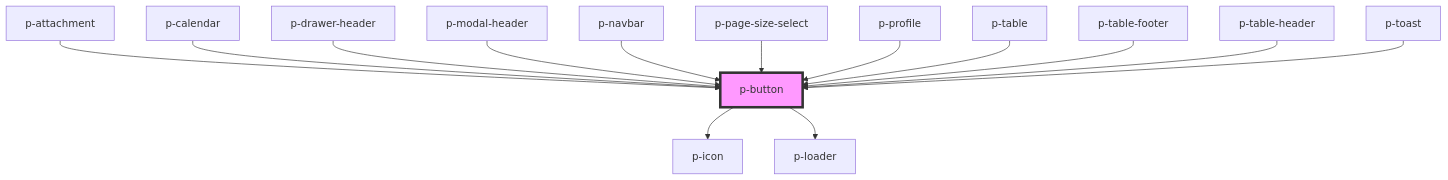
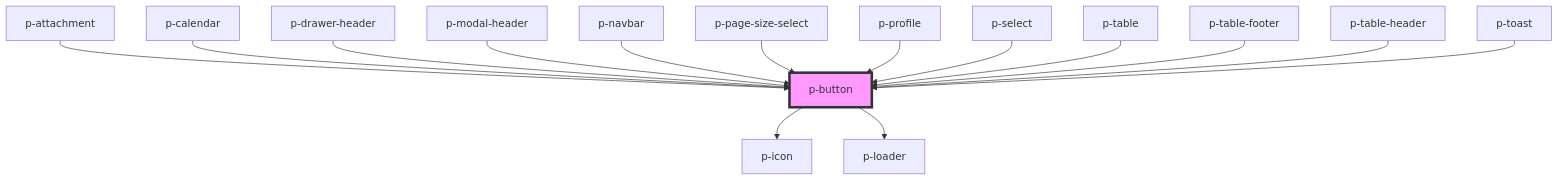
The diagram in packages/core/src/components/molecules/button/readme.md (Employes/Paperless), drawn with Mermaid before and after one commit. The commit also changed other lines of this file and 21 other files, not shown here.

````diff
--- a/packages/core/src/components/molecules/button/readme.md
+++ b/packages/core/src/components/molecules/button/readme.md
@@ -63,17 +64,18 @@
 ```mermaid
 graph TD;
   p-button --> p-icon
   p-button --> p-loader
   p-attachment --> p-button
   p-calendar --> p-button
   p-drawer-header --> p-button
   p-modal-header --> p-button
   p-navbar --> p-button
   p-page-size-select --> p-button
   p-profile --> p-button
+  p-select --> p-button
   p-table --> p-button
   p-table-footer --> p-button
   p-table-header --> p-button
   p-toast --> p-button
   style p-button fill:#f9f,stroke:#333,stroke-width:4px
 ```
````
